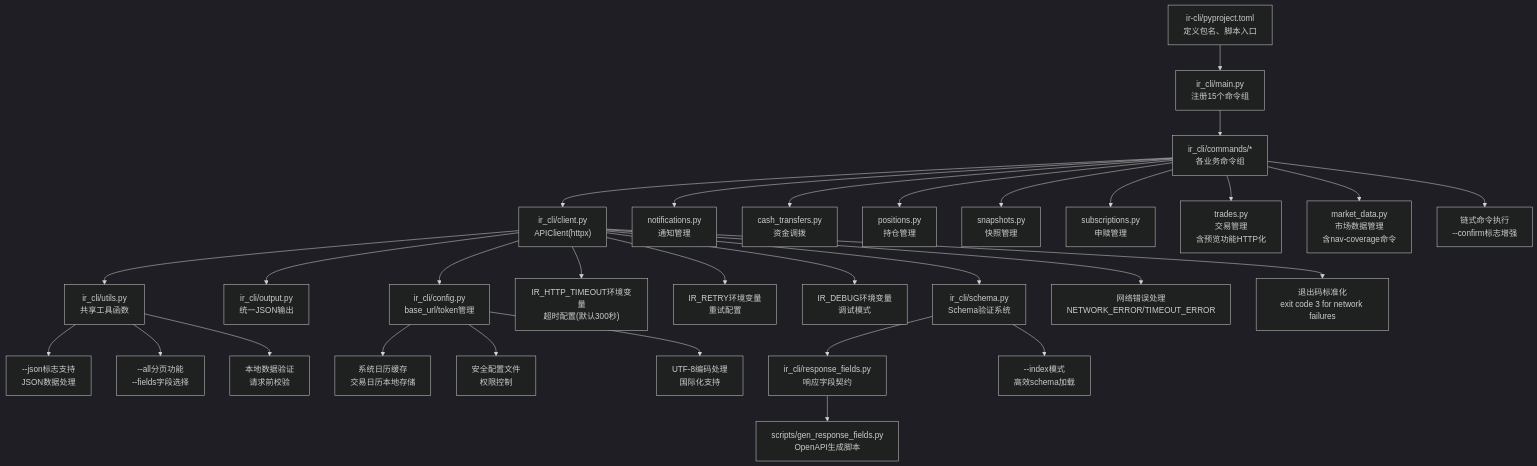
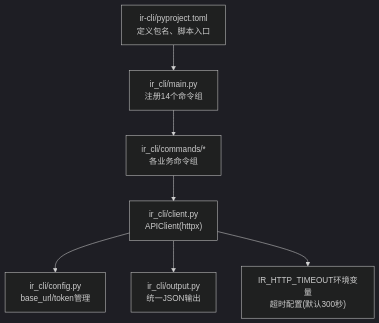
The first of 6 diagrams in .qoder/repowiki/zh/content/开发指南/InvestRing HTTP客户端CLI工具.md (gujialind/InvestRing), drawn with Mermaid (dark theme) before and after one commit. The commit also changed other lines of this file and 65 other files, not shown here.

````diff
--- a/.qoder/repowiki/zh/content/开发指南/InvestRing HTTP客户端CLI工具.md
+++ b/.qoder/repowiki/zh/content/开发指南/InvestRing HTTP客户端CLI工具.md
@@ -80,32 +56,9 @@
 ```mermaid
 graph TB
-A["ir-cli/pyproject.toml<br/>定义包名、脚本入口"] --> B["ir_cli/main.py<br/>注册15个命令组"]
+A["ir-cli/pyproject.toml<br/>定义包名、脚本入口"] --> B["ir_cli/main.py<br/>注册14个命令组"]
 B --> C["ir_cli/commands/*<br/>各业务命令组"]
 C --> D["ir_cli/client.py<br/>APIClient(httpx)"]
 D --> E["ir_cli/config.py<br/>base_url/token管理"]
 D --> F["ir_cli/output.py<br/>统一JSON输出"]
-D --> G["ir_cli/utils.py<br/>共享工具函数"]
-D --> H["IR_HTTP_TIMEOUT环境变量<br/>超时配置(默认300秒)"]
-D --> I["IR_RETRY环境变量<br/>重试配置"]
-D --> J["IR_DEBUG环境变量<br/>调试模式"]
-C --> K["notifications.py<br/>通知管理"]
-C --> L["cash_transfers.py<br/>资金调拨"]
-C --> M["positions.py<br/>持仓管理"]
-C --> N["snapshots.py<br/>快照管理"]
-C --> O["subscriptions.py<br/>申赎管理"]
-C --> P["trades.py<br/>交易管理<br/>含预览功能HTTP化"]
-G --> Q["--json标志支持<br/>JSON数据处理"]
-G --> R["--all分页功能<br/>--fields字段选择"]
-G --> S["本地数据验证<br/>请求前校验"]
-E --> T["系统日历缓存<br/>交易日历本地存储"]
-E --> U["安全配置文件<br/>权限控制"]
-E --> V["UTF-8编码处理<br/>国际化支持"]
-C --> W["market_data.py<br/>市场数据管理<br/>含nav-coverage命令"]
-D --> X["ir_cli/schema.py<br/>Schema验证系统"]
-X --> Y["ir_cli/response_fields.py<br/>响应字段契约"]
-Y --> Z["scripts/gen_response_fields.py<br/>OpenAPI生成脚本"]
-X --> AA["--index模式<br/>高效schema加载"]
-D --> BB["网络错误处理<br/>NETWORK_ERROR/TIMEOUT_ERROR"]
-D --> CC["退出码标准化<br/>exit code 3 for network failures"]
-C --> DD["链式命令执行<br/>--confirm标志增强"]
+D --> G["IR_HTTP_TIMEOUT环境变量<br/>超时配置(默认300秒)"]
 ```
````
